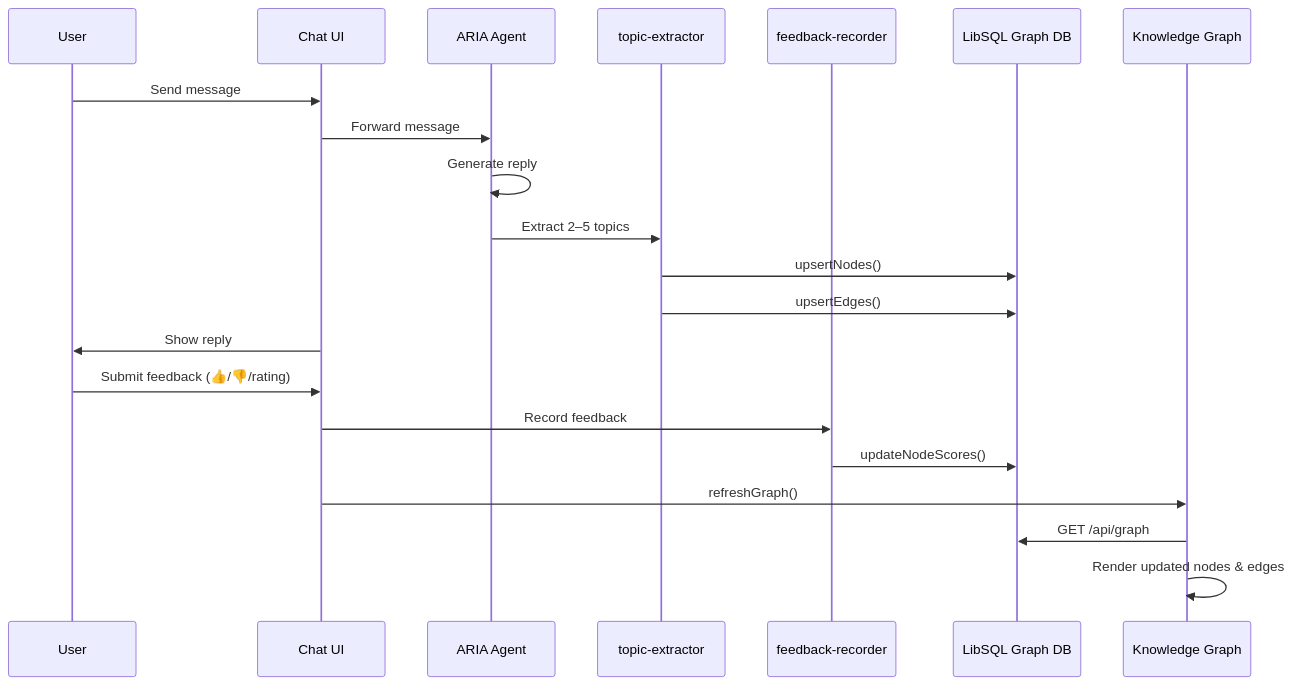
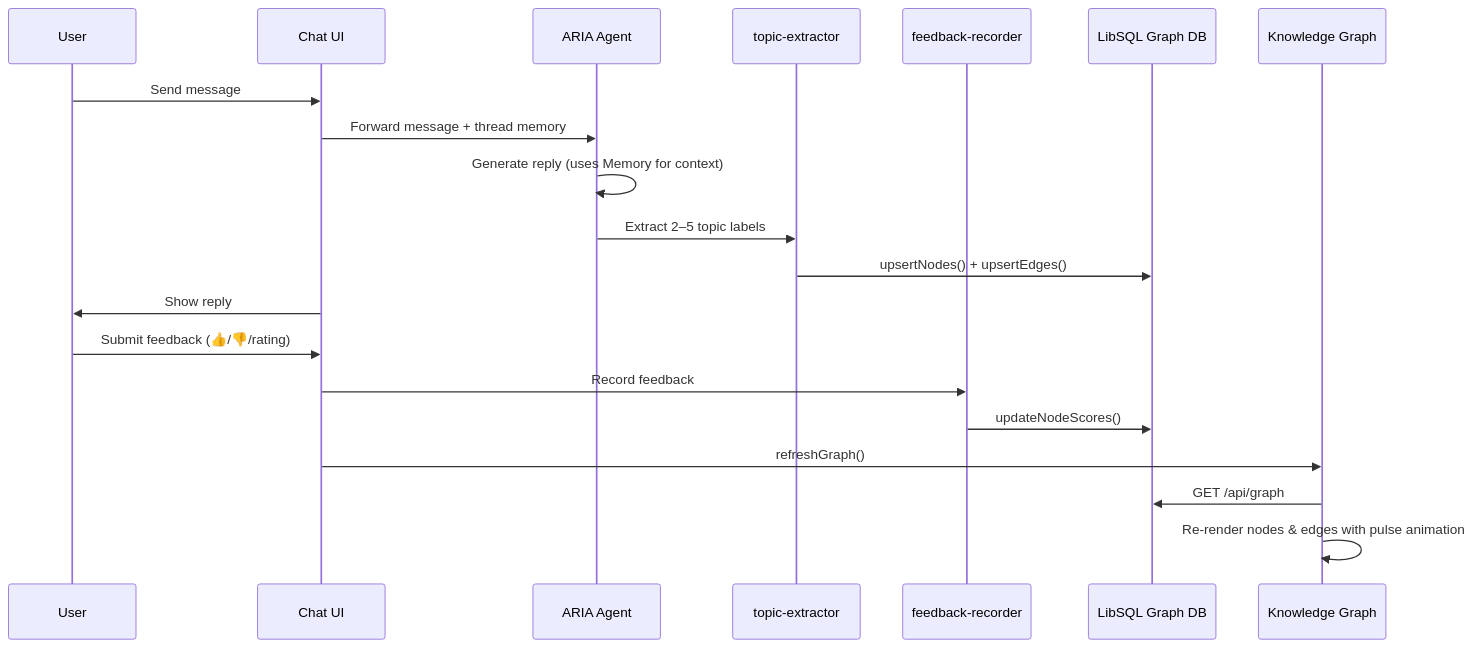
Before and after one commit to khedhar108/monorepo-shadcn-tailwindcss: the second of 3 diagrams in apps/web/docs/knowledge-graph.md, drawn with Mermaid. The commit also changed other lines of this file, not shown here.

````diff
--- a/apps/web/docs/knowledge-graph.md
+++ b/apps/web/docs/knowledge-graph.md
@@ -123,24 +138,23 @@
 ```mermaid
 sequenceDiagram
     participant U as User
     participant C as Chat UI
     participant A as ARIA Agent
     participant T as topic-extractor
     participant F as feedback-recorder
     participant DB as LibSQL Graph DB
     participant G as Knowledge Graph
 
     U->>C: Send message
-    C->>A: Forward message
-    A->>A: Generate reply
-    A->>T: Extract 2–5 topics
-    T->>DB: upsertNodes()
-    T->>DB: upsertEdges()
+    C->>A: Forward message + thread memory
+    A->>A: Generate reply (uses Memory for context)
+    A->>T: Extract 2–5 topic labels
+    T->>DB: upsertNodes() + upsertEdges()
     C->>U: Show reply
     U->>C: Submit feedback (👍/👎/rating)
     C->>F: Record feedback
     F->>DB: updateNodeScores()
     C->>G: refreshGraph()
     G->>DB: GET /api/graph
-    G->>G: Render updated nodes & edges
+    G->>G: Re-render nodes & edges with pulse animation
 ```
````
